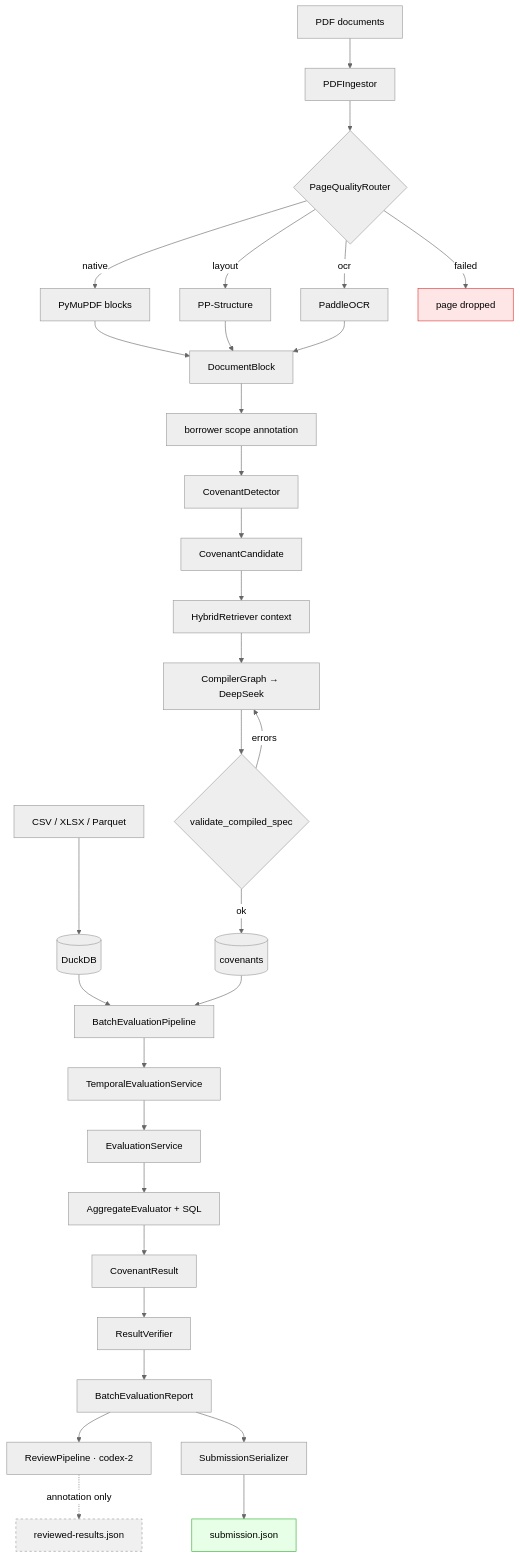
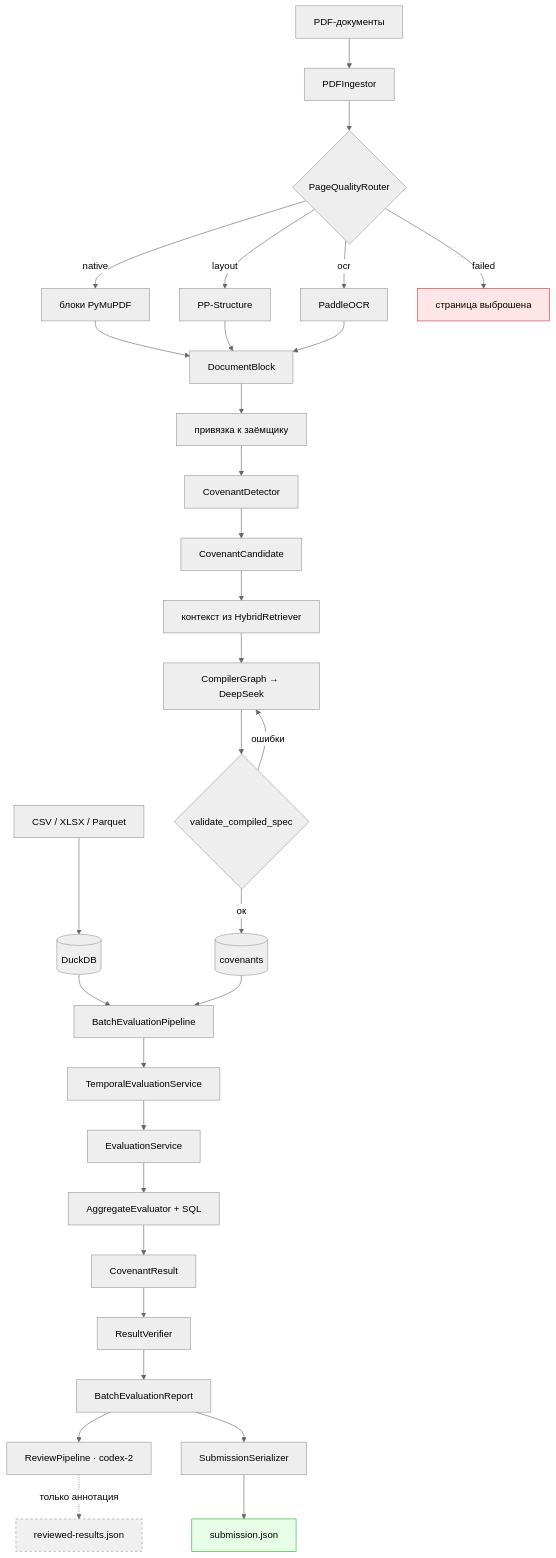
One commit to Alexloroo/Halyk_ai_challenge changed the diagram in docs/architecture-v3/02_REPOSITORY_MAP.md. Above: the diagram before and after it, drawn with Mermaid (neutral theme). The commit also changed other lines of this file and 6 other files, not shown here.

First line of the commit message:
docs: translate architecture research track to Russian

````diff
--- a/docs/architecture-v3/02_REPOSITORY_MAP.md
+++ b/docs/architecture-v3/02_REPOSITORY_MAP.md
@@ -254,36 +270,36 @@
 ```mermaid
 flowchart TD
     CSV[CSV / XLSX / Parquet] --> STORE[(DuckDB)]
-    PDF[PDF documents] --> ING[PDFIngestor]
+    PDF[PDF-документы] --> ING[PDFIngestor]
     ING --> ROUTE{PageQualityRouter}
-    ROUTE -->|native| NAT[PyMuPDF blocks]
+    ROUTE -->|native| NAT[блоки PyMuPDF]
     ROUTE -->|layout| VLM[PP-Structure]
     ROUTE -->|ocr| OCR[PaddleOCR]
-    ROUTE -->|failed| DROP[page dropped]
+    ROUTE -->|failed| DROP[страница выброшена]
     NAT --> BLK[DocumentBlock]
     VLM --> BLK
     OCR --> BLK
-    BLK --> SCOPE[borrower scope annotation]
+    BLK --> SCOPE[привязка к заёмщику]
     SCOPE --> DET[CovenantDetector]
     DET --> CAND[CovenantCandidate]
-    CAND --> RET[HybridRetriever context]
+    CAND --> RET[контекст из HybridRetriever]
     RET --> CG[CompilerGraph → DeepSeek]
     CG --> VAL{validate_compiled_spec}
-    VAL -->|errors| CG
-    VAL -->|ok| REG[(covenants)]
+    VAL -->|ошибки| CG
+    VAL -->|ок| REG[(covenants)]
     STORE --> EVAL
     REG --> EVAL[BatchEvaluationPipeline]
     EVAL --> TEMP[TemporalEvaluationService]
     TEMP --> SVC[EvaluationService]
     SVC --> AGG[AggregateEvaluator + SQL]
     AGG --> RES[CovenantResult]
     RES --> VER[ResultVerifier]
     VER --> REP[BatchEvaluationReport]
     REP --> RV[ReviewPipeline · codex-2]
-    RV -.->|annotation only| RVR[reviewed-results.json]
+    RV -.->|только аннотация| RVR[reviewed-results.json]
     REP --> SER[SubmissionSerializer]
     SER --> SUB[submission.json]
     style DROP fill:#ffe6e6,stroke:#d33
     style SUB fill:#e6ffe6,stroke:#3a3
     style RVR fill:#f0f0f0,stroke:#999,stroke-dasharray: 4 4
 ```
````
